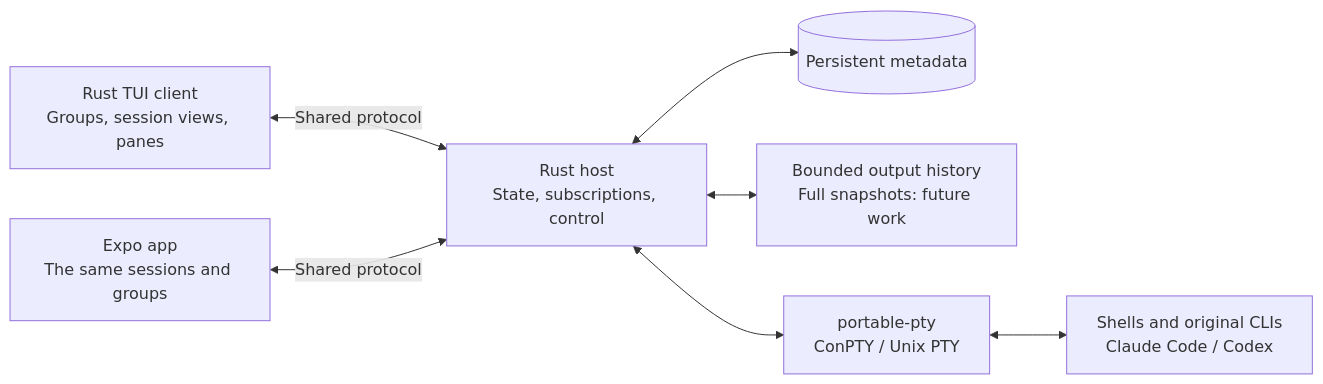
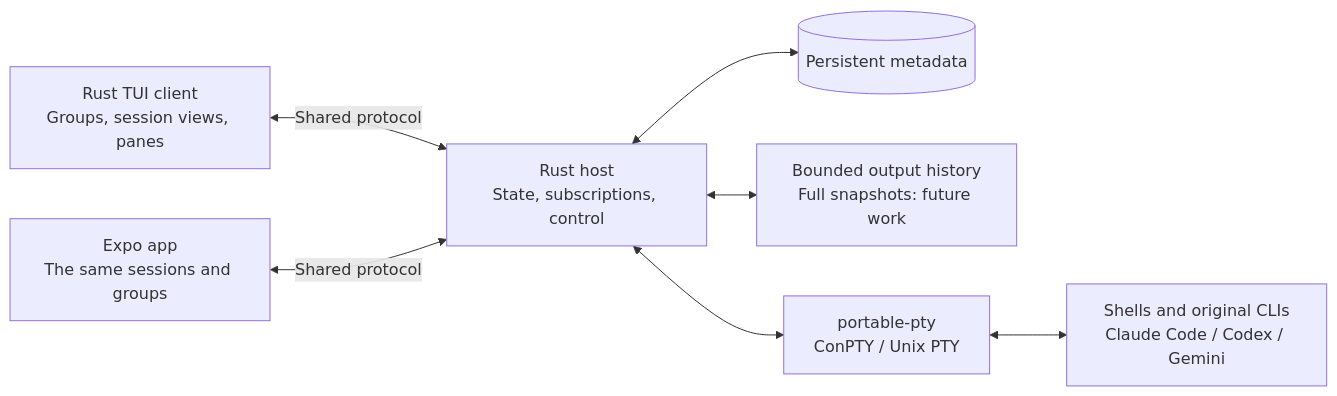
The diagram in docs/terminal-client.md (dkveil/nesvo), drawn with Mermaid before and after one commit. The commit also changed other lines of this file and 12 other files, not shown here.

````diff
--- a/docs/terminal-client.md
+++ b/docs/terminal-client.md
@@ -11,16 +11,16 @@
 ```mermaid
 flowchart LR
     TUI["Rust TUI client<br/>Groups, session views, panes"]
     Mobile["Expo app<br/>The same sessions and groups"]
     Host["Rust host<br/>State, subscriptions, control"]
     Store[("Persistent metadata")]
     Screen["Bounded output history<br/>Full snapshots: future work"]
     PTY["portable-pty<br/>ConPTY / Unix PTY"]
-    Shell["Shells and original CLIs<br/>Claude Code / Codex"]
+    Shell["Shells and original CLIs<br/>Claude Code / Codex / Gemini"]
     TUI <-->|"Shared protocol"| Host
     Mobile <-->|"Shared protocol"| Host
     Host <--> Store
     Host <--> Screen
     Host <--> PTY
     PTY <--> Shell
 ```
````
